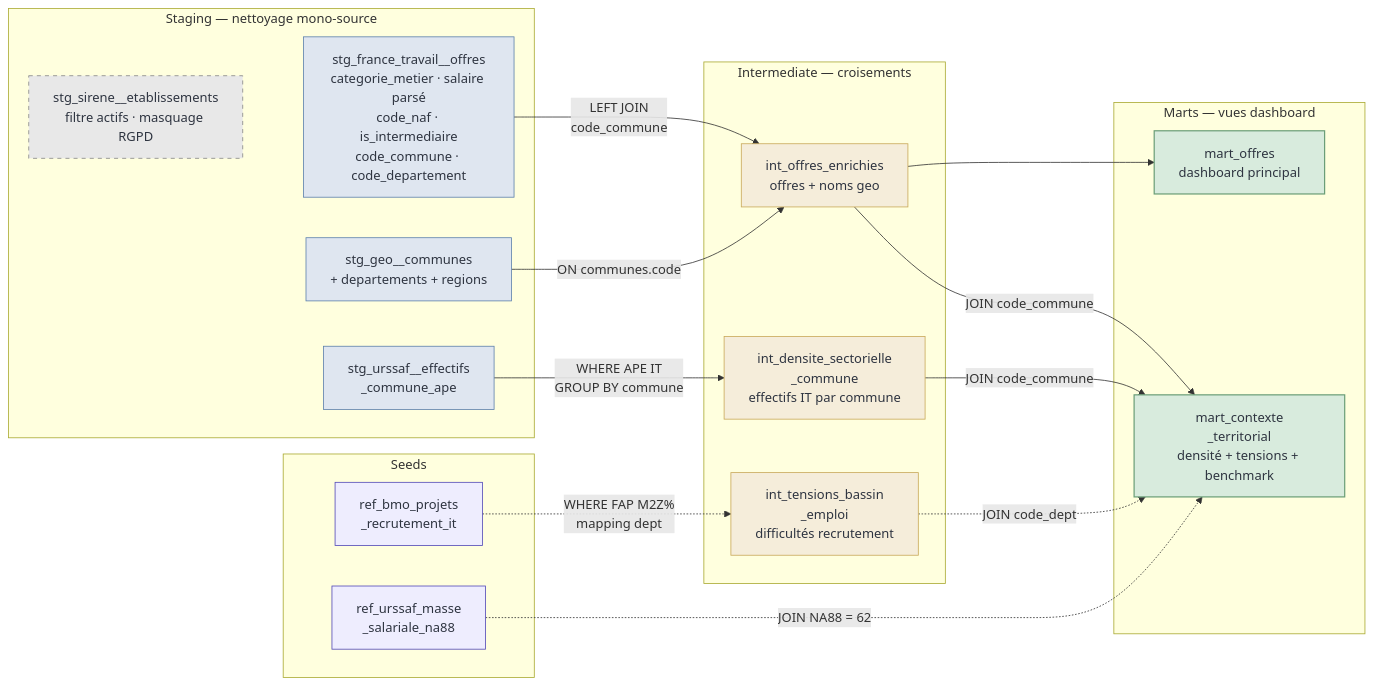
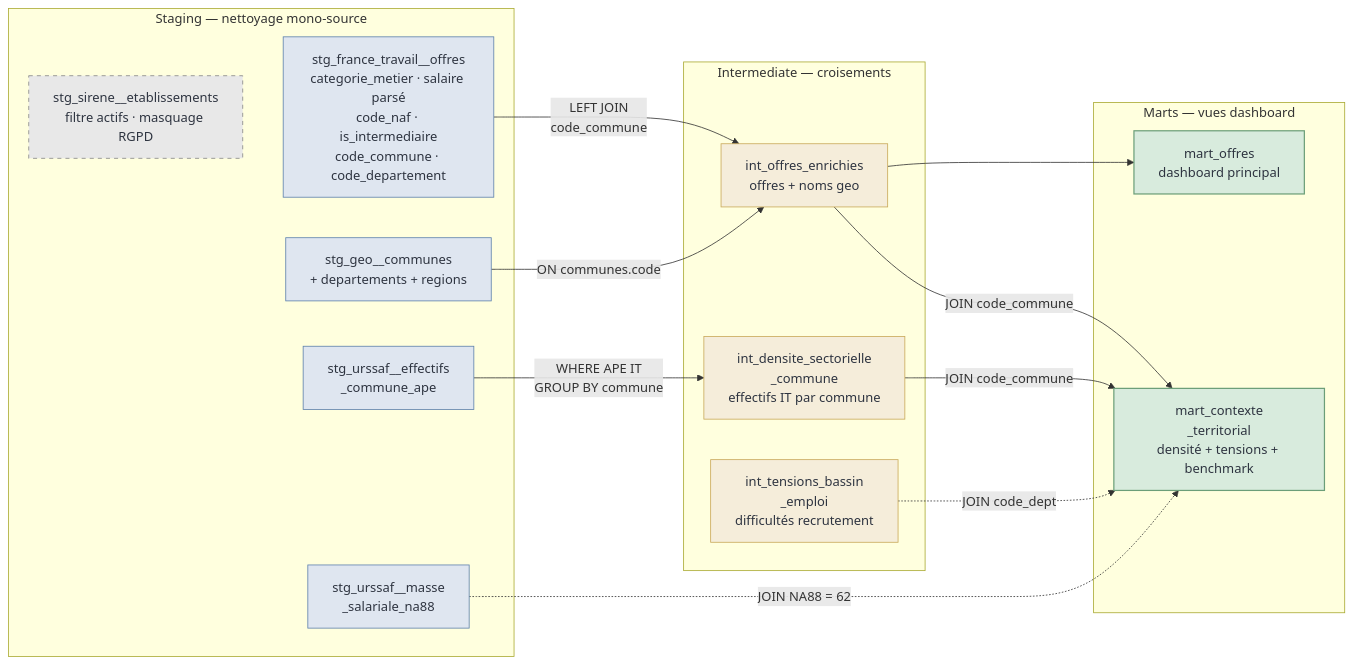
Before and after one commit to GMartin-Data/datatalent_docs: the second of 3 diagrams in architecture/architecture-datatalent-details.md, drawn with Mermaid. The commit also changed other lines of this file and 7 other files, not shown here.

````diff
--- a/architecture/architecture-datatalent-details.md
+++ b/architecture/architecture-datatalent-details.md
@@ -72,50 +62,43 @@
 ```mermaid
 flowchart LR
     subgraph staging["Staging — nettoyage mono-source"]
         STG_FT["stg_france_travail__offres<br/>categorie_metier · salaire parsé<br/>code_naf · is_intermediaire<br/>code_commune · code_departement"]
         STG_SI["stg_sirene__etablissements<br/>filtre actifs · masquage RGPD"]
         STG_GEO["stg_geo__communes<br/>+ departements + regions"]
         STG_UE["stg_urssaf__effectifs<br/>_commune_ape"]
-    end
-
-    subgraph seeds["Seeds"]
-        SEED_SAL["ref_urssaf_masse<br/>_salariale_na88"]
-        SEED_BMO["ref_bmo_projets<br/>_recrutement_it"]
+        STG_UM["stg_urssaf__masse<br/>_salariale_na88"]
     end
 
     subgraph intermediate["Intermediate — croisements"]
         INT_OFF["int_offres_enrichies<br/>offres + noms geo"]
         INT_DENS["int_densite_sectorielle<br/>_commune<br/>effectifs IT par commune"]
         INT_TENS["int_tensions_bassin<br/>_emploi<br/>difficultés recrutement"]
     end
 
     subgraph marts["Marts — vues dashboard"]
         MART_OFF["mart_offres<br/>dashboard principal"]
         MART_CTX["mart_contexte<br/>_territorial<br/>densité + tensions + benchmark"]
     end
 
     STG_FT -->|"LEFT JOIN<br/>code_commune"| INT_OFF
     STG_GEO -->|"ON communes.code"| INT_OFF
     STG_UE -->|"WHERE APE IT<br/>GROUP BY commune"| INT_DENS
-    SEED_BMO -.->|"WHERE FAP M2Z%<br/>mapping dept"| INT_TENS
 
     INT_OFF --> MART_OFF
     INT_OFF -->|"JOIN code_commune"| MART_CTX
     INT_DENS -->|"JOIN code_commune"| MART_CTX
     INT_TENS -.->|"JOIN code_dept"| MART_CTX
-    SEED_SAL -.->|"JOIN NA88 = 62"| MART_CTX
+    STG_UM -.->|"JOIN NA88 = 62"| MART_CTX
 
     STG_SI ~~~ staging
 
     classDef stg fill:#dfe6f0,stroke:#5e81ac,stroke-width:1px,color:#2e3440
-    classDef seed fill:#eeedfe,stroke:#534ab7,stroke-width:1px,color:#2e3440
     classDef int fill:#f5edda,stroke:#c9a95a,stroke-width:1px,color:#2e3440
     classDef mart fill:#d8ebdd,stroke:#6b9e78,stroke-width:1.5px,color:#2e3440
     classDef dead fill:#e8e8e8,stroke:#888888,stroke-width:1px,color:#2e3440,stroke-dasharray: 5 5
 
-    class STG_FT,STG_GEO,STG_UE stg
+    class STG_FT,STG_GEO,STG_UE,STG_UM stg
     class STG_SI dead
-    class SEED_SAL,SEED_BMO seed
     class INT_OFF,INT_DENS,INT_TENS int
     class MART_OFF,MART_CTX mart
 ```
````
